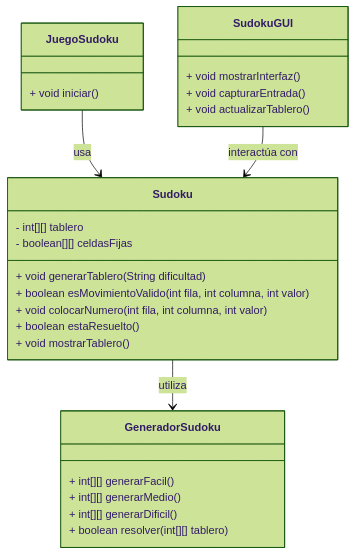
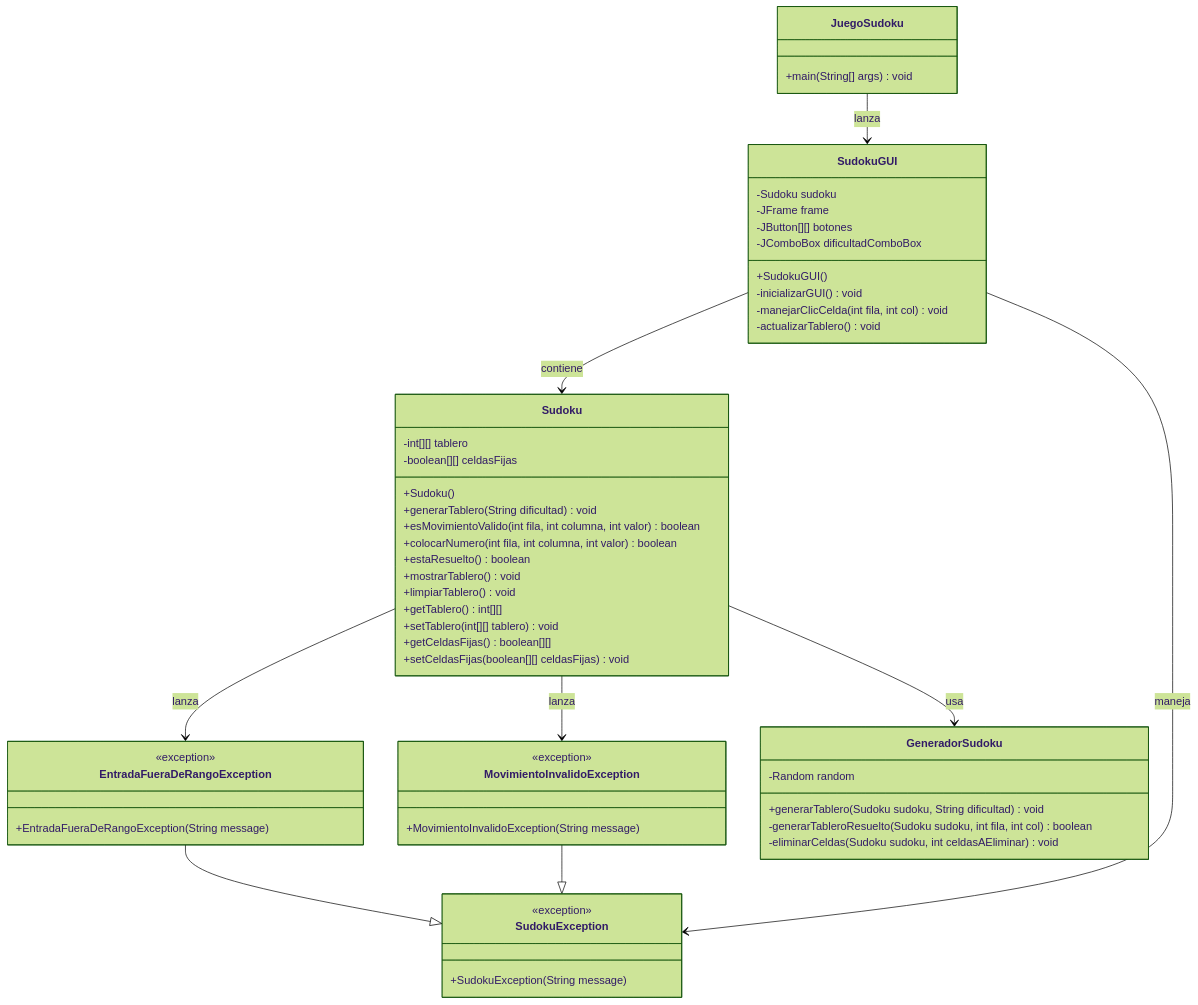
The first of 3 diagrams in Cocumentacion.md (sergitokla/Proyecto-Sudoku), drawn with Mermaid (forest theme) before and after one commit. The commit also changed other lines of this file and 4 other files, not shown here.

````diff
--- a/Cocumentacion.md
+++ b/Cocumentacion.md
@@ -45,34 +48,67 @@
 ```mermaid
 classDiagram
+    class SudokuException {
+        <<exception>>
+        +SudokuException(String message)
+    }
 
-class Sudoku {
-  - int[][] tablero
-  - boolean[][] celdasFijas
-  + void generarTablero(String dificultad)
-  + boolean esMovimientoValido(int fila, int columna, int valor)
-  + void colocarNumero(int fila, int columna, int valor)
-  + boolean estaResuelto()
-  + void mostrarTablero()
-}
+    class EntradaFueraDeRangoException {
+        <<exception>>
+        +EntradaFueraDeRangoException(String message)
+    }
 
-class GeneradorSudoku {
-  + int[][] generarFacil()
-  + int[][] generarMedio()
-  + int[][] generarDificil()
-  + boolean resolver(int[][] tablero)
-}
+    class MovimientoInvalidoException {
+        <<exception>>
+        +MovimientoInvalidoException(String message)
+    }
 
-class JuegoSudoku {
-  + void iniciar()
-}
+    class GeneradorSudoku {
+        -Random random
+        +generarTablero(Sudoku sudoku, String dificultad) void
+        -generarTableroResuelto(Sudoku sudoku, int fila, int col) boolean
+        -eliminarCeldas(Sudoku sudoku, int celdasAEliminar) void
+    }
 
-class SudokuGUI {
-  + void mostrarInterfaz()
-  + void capturarEntrada()
-  + void actualizarTablero()
-}
+    class Sudoku {
+        -int[][] tablero
+        -boolean[][] celdasFijas
+        +Sudoku()
+        +generarTablero(String dificultad) void
+        +esMovimientoValido(int fila, int columna, int valor) boolean
+        +colocarNumero(int fila, int columna, int valor) boolean
+        +estaResuelto() boolean
+        +mostrarTablero() void
+        +limpiarTablero() void
+        +getTablero() int[][]
+        +setTablero(int[][] tablero) void
+        +getCeldasFijas() boolean[][]
+        +setCeldasFijas(boolean[][] celdasFijas) void
+    }
 
-Sudoku --> GeneradorSudoku : utiliza
-JuegoSudoku --> Sudoku : usa
-SudokuGUI --> Sudoku : interactúa con
+    class SudokuGUI {
+        -Sudoku sudoku
+        -JFrame frame
+        -JButton[][] botones
+        -JComboBox<String> dificultadComboBox
+        +SudokuGUI()
+        -inicializarGUI() void
+        -manejarClicCelda(int fila, int col) void
+        -actualizarTablero() void
+    }
+
+    class JuegoSudoku {
+        +main(String[] args) void
+    }
+
+    EntradaFueraDeRangoException --|> SudokuException
+    MovimientoInvalidoException --|> SudokuException
+    
+    Sudoku --> GeneradorSudoku: usa
+    Sudoku --> MovimientoInvalidoException: lanza
+    Sudoku --> EntradaFueraDeRangoException: lanza
+    
+    SudokuGUI --> Sudoku: contiene
+    SudokuGUI --> SudokuException: maneja
+    
+    JuegoSudoku --> SudokuGUI: lanza
 ```
````
